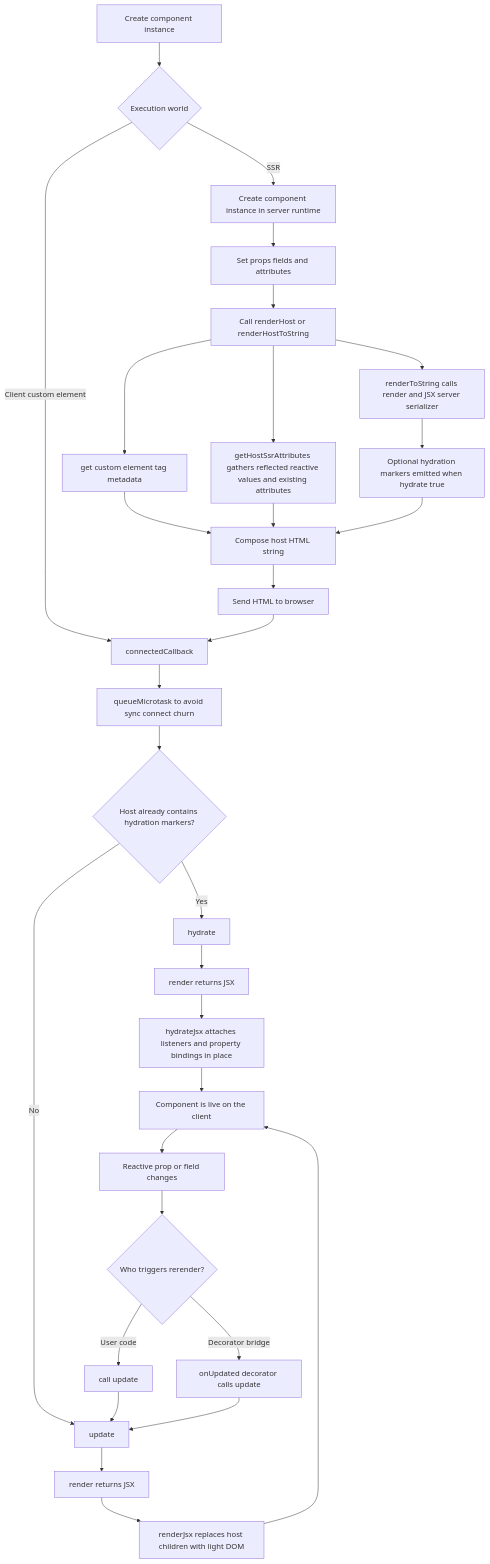
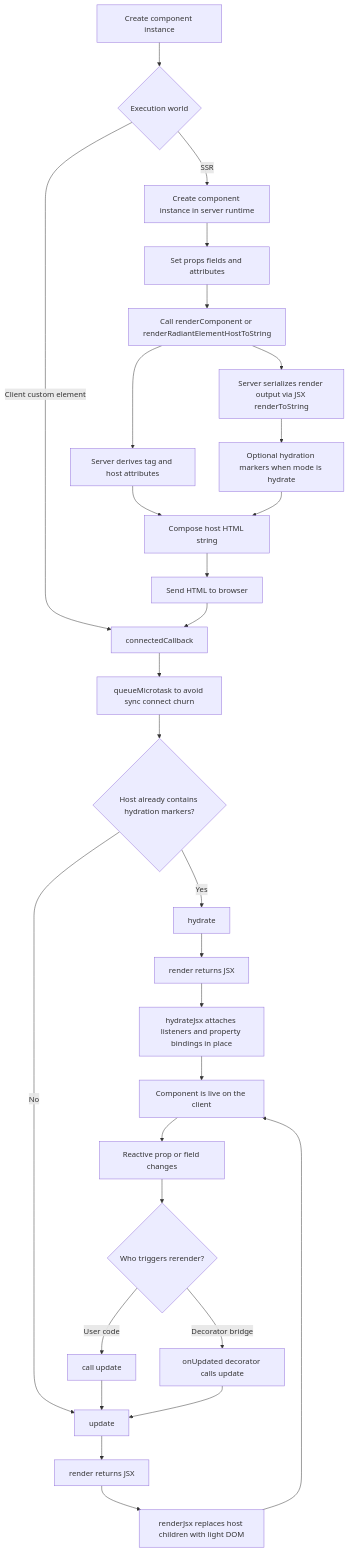
One commit to ecopages/radiant changed the diagram in packages/radiant/src/core/README.md. Above: the diagram before and after it, drawn with Mermaid. The commit also changed other lines of this file and 4 other files, not shown here.

Commit message:
docs(ssr): teach server pipeline instead of host renderHostToString

````diff
--- a/packages/radiant/src/core/README.md
+++ b/packages/radiant/src/core/README.md
@@ -14,35 +14,33 @@
 ```mermaid
 flowchart TD
     A[Create component instance] --> B{Execution world}
 
     B -->|Client custom element| C[connectedCallback]
     C --> D[queueMicrotask to avoid sync connect churn]
     D --> E{Host already contains hydration markers?}
     E -->|Yes| F[hydrate]
     E -->|No| G[update]
     F --> H[render returns JSX]
     H --> I[hydrateJsx attaches listeners and property bindings in place]
     G --> J[render returns JSX]
     J --> K[renderJsx replaces host children with light DOM]
     I --> L[Component is live on the client]
     K --> L
     L --> M[Reactive prop or field changes]
     M --> N{Who triggers rerender?}
     N -->|User code| O[call update]
     N -->|Decorator bridge| P[onUpdated decorator calls update]
     O --> G
     P --> G
 
     B -->|SSR| Q[Create component instance in server runtime]
     Q --> R[Set props fields and attributes]
-    R --> S[Call renderHost or renderHostToString]
-    S --> T[get custom element tag metadata]
-    S --> U[getHostSsrAttributes gathers reflected reactive values and existing attributes]
-    S --> V[renderToString calls render and JSX server serializer]
-    V --> W[Optional hydration markers emitted when hydrate true]
+    R --> S[Call renderComponent or renderRadiantElementHostToString]
+    S --> T[Server derives tag and host attributes]
+    S --> U[Server serializes render output via JSX renderToString]
+    U --> V[Optional hydration markers when mode is hydrate]
     T --> X[Compose host HTML string]
-    U --> X
-    W --> X
+    V --> X
     X --> Y[Send HTML to browser]
     Y --> C
 ```
````
